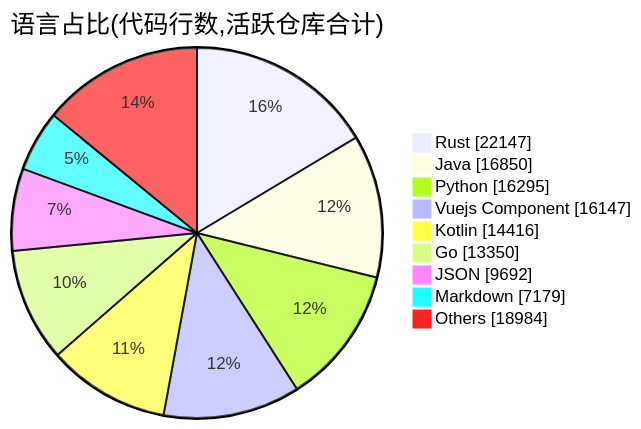
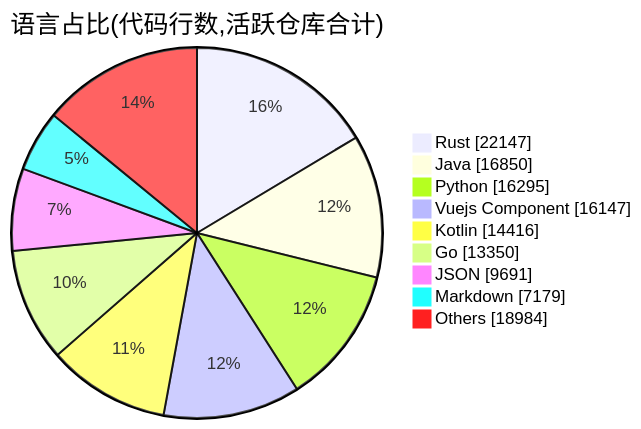
One commit to Conflux-Union/.github changed the second of 2 diagrams in profile/README.md. Above: the diagram before and after it, drawn with Mermaid. The commit also changed other lines of this file and 1 other file, not shown here.

````diff
--- a/profile/README.md
+++ b/profile/README.md
@@ -78,13 +78,13 @@
 ```mermaid
 pie showData
     title 语言占比(代码行数,活跃仓库合计)
     "Rust" : 22147
     "Java" : 16850
     "Python" : 16295
     "Vuejs Component" : 16147
     "Kotlin" : 14416
     "Go" : 13350
-    "JSON" : 9692
+    "JSON" : 9691
     "Markdown" : 7179
     "Others" : 18984
 ```
````
